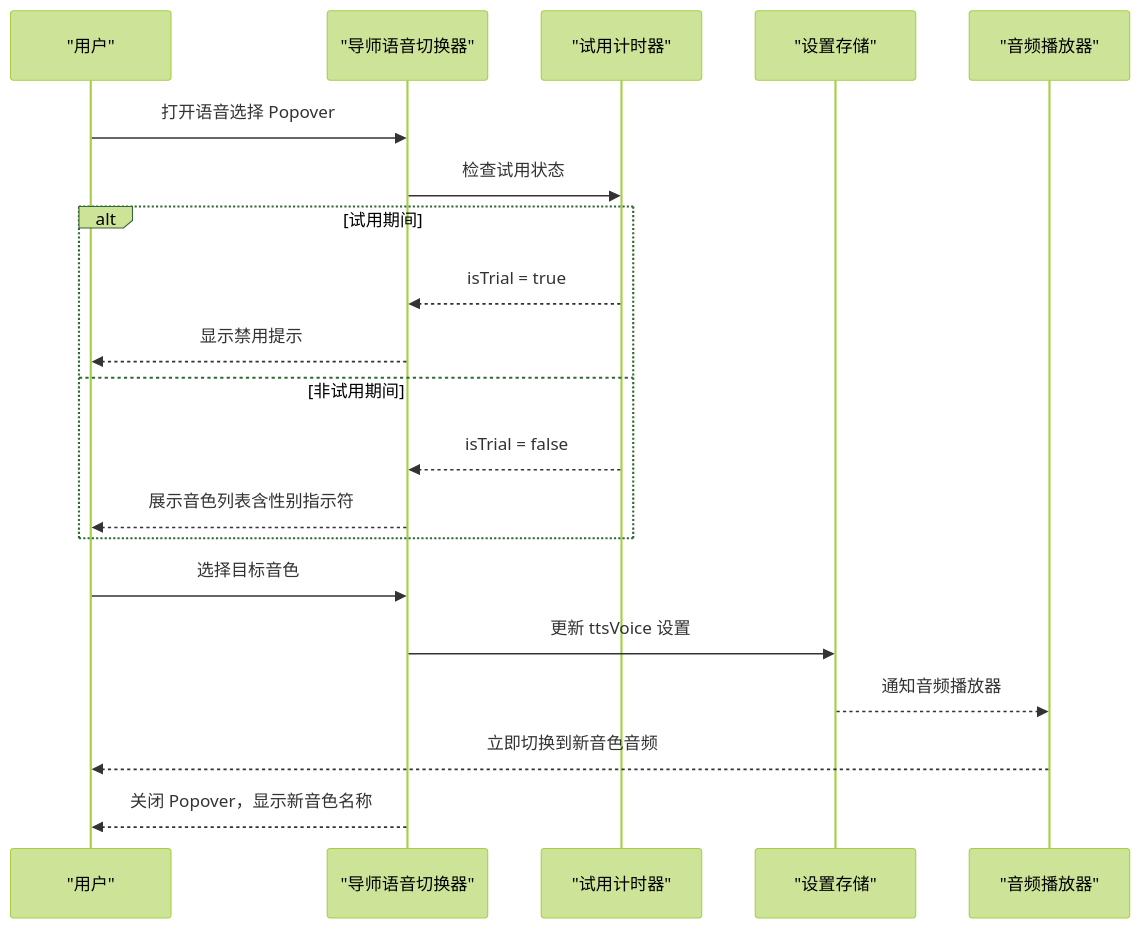
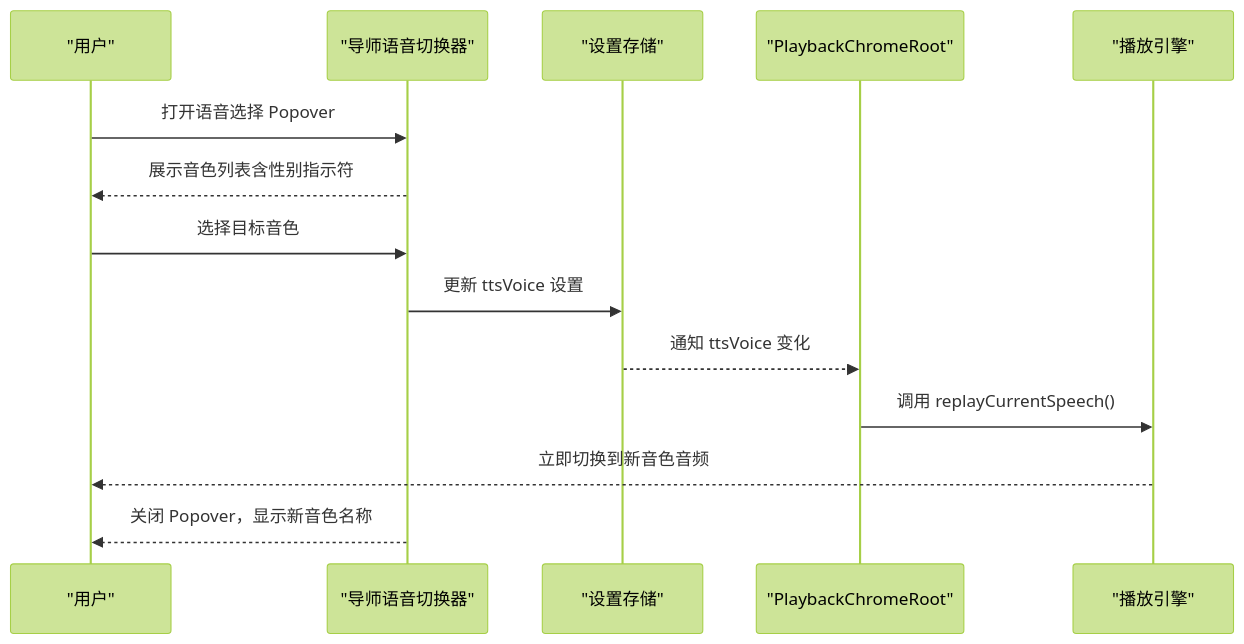
Before and after one commit to huangboheng/OpenMAIC: the first of 10 diagrams in .qoder/repowiki/zh/content/UI 组件系统/课堂播放组件/导师语音切换器组件.md, drawn with Mermaid (forest theme). The commit also changed other lines of this file and 12 other files, not shown here.

````diff
--- a/.qoder/repowiki/zh/content/UI 组件系统/课堂播放组件/导师语音切换器组件.md
+++ b/.qoder/repowiki/zh/content/UI 组件系统/课堂播放组件/导师语音切换器组件.md
@@ -40,22 +42,16 @@
 ```mermaid
 sequenceDiagram
 participant U as "用户"
 participant VS as "导师语音切换器"
-participant PT as "试用计时器"
 participant SS as "设置存储"
-participant AP as "音频播放器"
+participant PC as "PlaybackChromeRoot"
+participant PE as "播放引擎"
 U->>VS : 打开语音选择 Popover
-VS->>PT : 检查试用状态
-alt 试用期间
-PT-->>VS : isTrial = true
-VS-->>U : 显示禁用提示
-else 非试用期间
-PT-->>VS : isTrial = false
 VS-->>U : 展示音色列表含性别指示符
-end
 U->>VS : 选择目标音色
 VS->>SS : 更新 ttsVoice 设置
-SS-->>AP : 通知音频播放器
-AP-->>U : 立即切换到新音色音频
+SS-->>PC : 通知 ttsVoice 变化
+PC->>PE : 调用 replayCurrentSpeech()
+PE-->>U : 立即切换到新音色音频
 VS-->>U : 关闭 Popover，显示新音色名称
 ```
````
